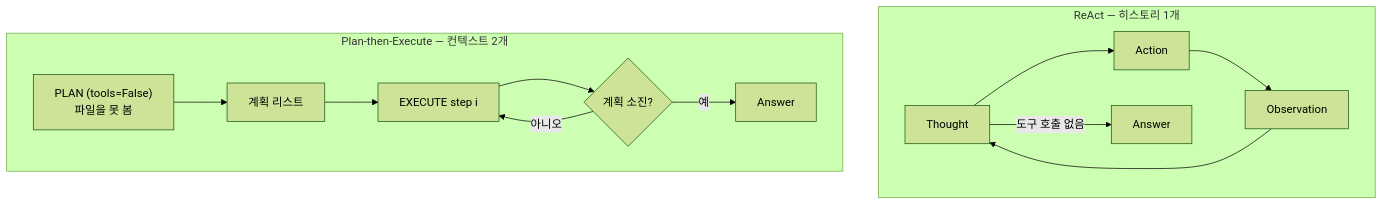
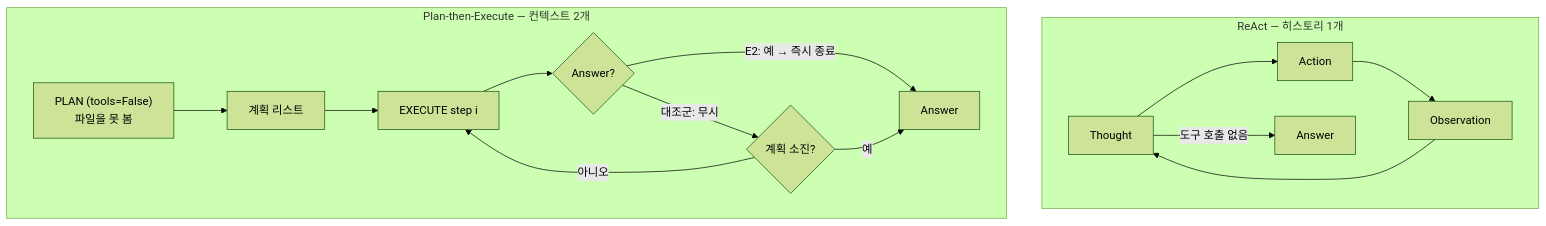
One commit to Q00/ai-agent-engineering-101 changed the first of 2 diagrams in submissions/25622005/week-02/REPORT.md. Above: the diagram before and after it, drawn with Mermaid (forest theme). The commit also changed other lines of this file, not shown here.

````diff
--- a/submissions/25622005/week-02/REPORT.md
+++ b/submissions/25622005/week-02/REPORT.md
@@ -33,13 +48,15 @@
 ```mermaid
 flowchart TD
     subgraph A["ReAct — 히스토리 1개"]
         a1["Thought"] --> a2["Action"] --> a3["Observation"] --> a1
         a1 -->|"도구 호출 없음"| a4["Answer"]
     end
     subgraph B["Plan-then-Execute — 컨텍스트 2개"]
         b1["PLAN (tools=False)<br/>파일을 못 봄"] --> b2["계획 리스트"]
-        b2 --> b3["EXECUTE step i"] --> b4{"계획 소진?"}
-        b4 -->|"아니오"| b3
-        b4 -->|"예"| b5["Answer"]
+        b2 --> b3["EXECUTE step i"] --> b4{"Answer?"}
+        b4 -->|"E2: 예 → 즉시 종료"| b5["Answer"]
+        b4 -->|"대조군: 무시"| b6{"계획 소진?"}
+        b6 -->|"아니오"| b3
+        b6 -->|"예"| b5
     end
 ```
````
